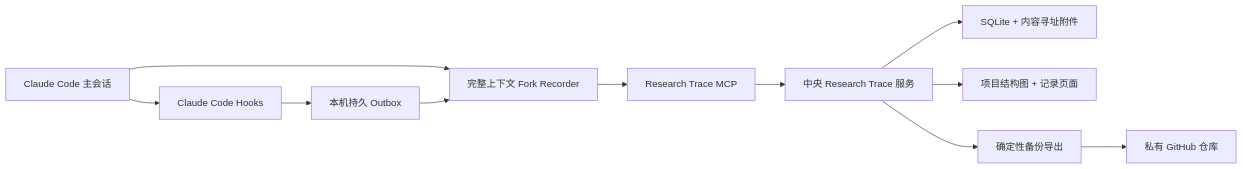
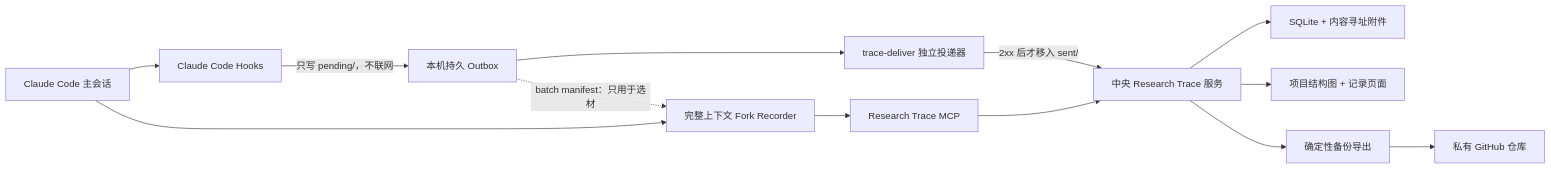
One commit to jinhang23/research-trace changed the diagram in README.md. Above: the diagram before and after it, drawn with Mermaid. The commit also changed other lines of this file and 24 other files, not shown here.

````diff
--- a/README.md
+++ b/README.md
@@ -89,13 +89,15 @@
 ```mermaid
 flowchart LR
     Main["Claude Code 主会话"] --> Hook["Claude Code Hooks"]
-    Hook --> Outbox["本机持久 Outbox"]
+    Hook -->|"只写 pending/，不联网"| Outbox["本机持久 Outbox"]
+    Outbox --> Deliver["trace-deliver 独立投递器"]
+    Deliver -->|"2xx 后才移入 sent/"| Server["中央 Research Trace 服务"]
     Main --> Recorder["完整上下文 Fork Recorder"]
-    Outbox --> Recorder
+    Outbox -.->|"batch manifest：只用于选材"| Recorder
     Recorder --> MCP["Research Trace MCP"]
-    MCP --> Server["中央 Research Trace 服务"]
+    MCP --> Server
     Server --> Store["SQLite + 内容寻址附件"]
     Server --> UI["项目结构图 + 记录页面"]
     Server --> Export["确定性备份导出"]
     Export --> GitHub["私有 GitHub 仓库"]
 ```
````
